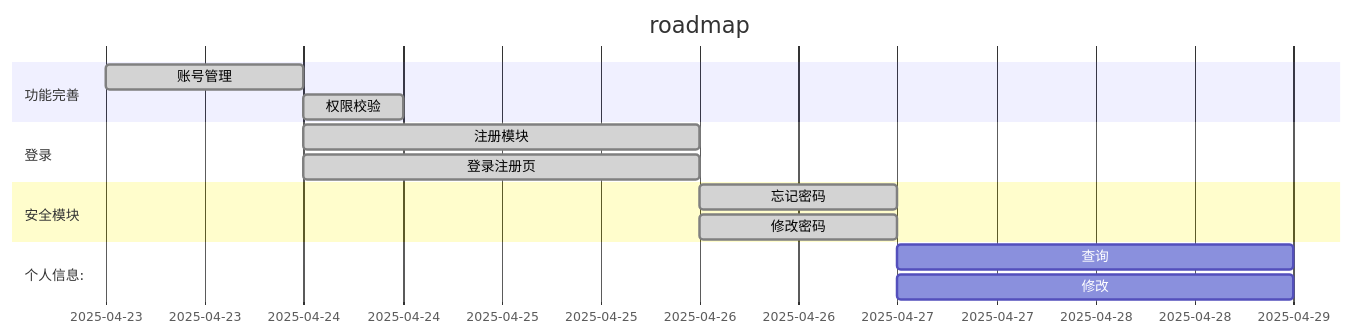
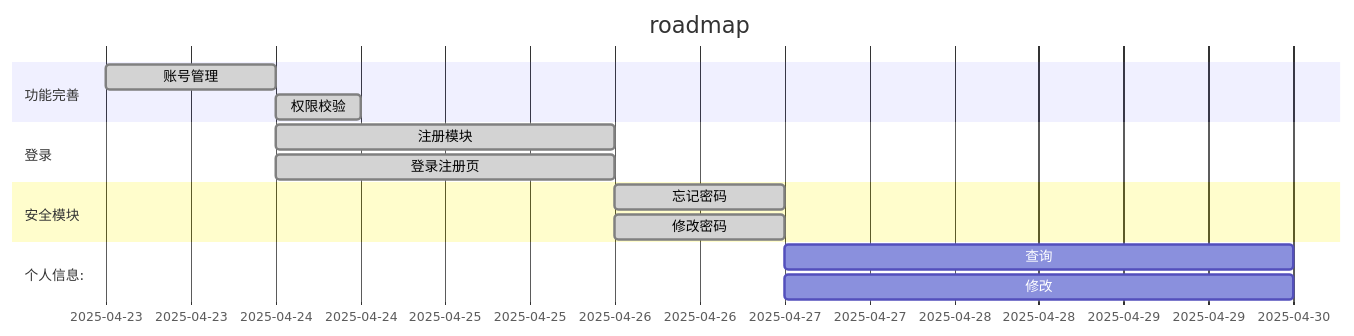
Before and after one commit to TeamVastsea/vastsea-sso-frontend: the diagram in README.md, drawn with Mermaid.

Commit message:
doc: update roadmap

````diff
--- a/README.md
+++ b/README.md
@@ -43,17 +43,17 @@
 ```mermaid
 gantt
     title roadmap
     dateFormat YYYY-MM-DD
     section 功能完善
       账号管理 : done, base, 2025-04-23, 1d
       权限校验 : done, after base, 12h
     section 登录
       注册模块   : done , a2, 2025-04-24,2025-04-26
       登录注册页 : done ,after a2, 2025-04-24,2025-04-26
     section 安全模块
       忘记密码 : done, secPwdForget,after a2, 1d
       修改密码 : done, secPwdUpdate,after a2, 1d
     section 个人信息:
-      查询 : profileQuery, after secPwdUpdate, 2d
-      修改 : profileUpdate,after secPwdUpdate, 2d
+      查询 : profileQuery, after secPwdUpdate, 3d
+      修改 : profileUpdate,after secPwdUpdate, 3d
 ```
````
